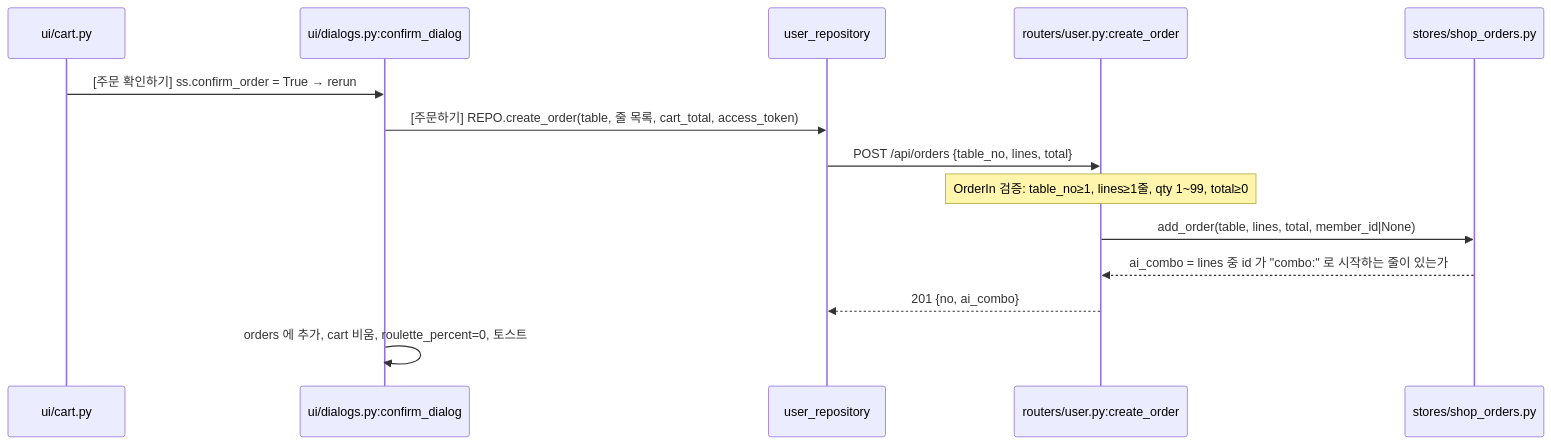
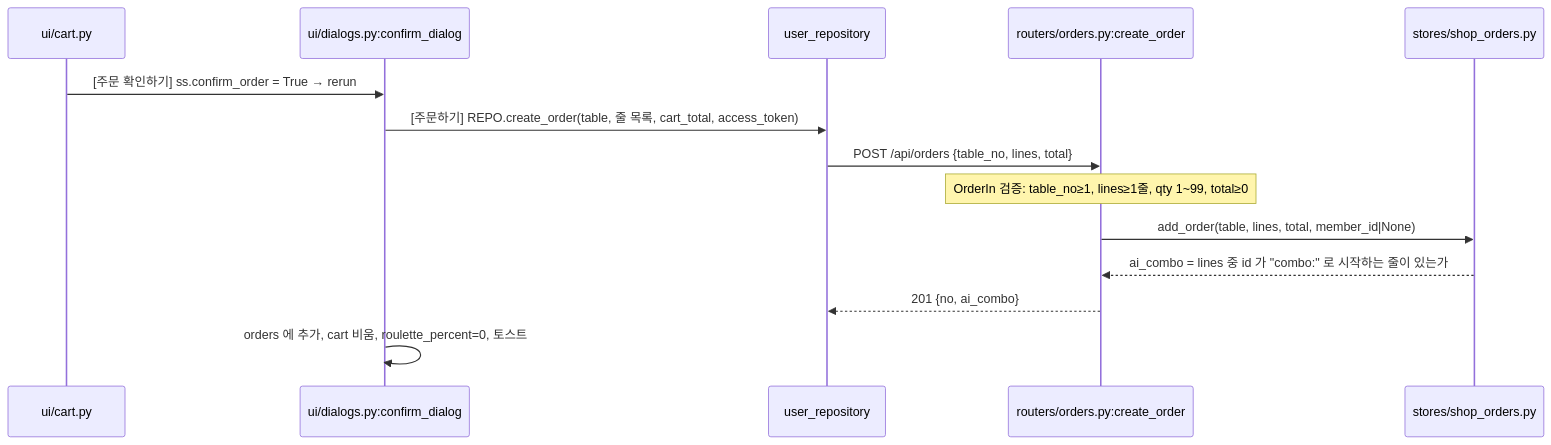
Before and after one commit to 94JayKim/table-order: the second of 2 diagrams in docs/FLOW_DEVELOPER.md, drawn with Mermaid. The commit also changed other lines of this file and 43 other files, not shown here.

````diff
--- a/docs/FLOW_DEVELOPER.md
+++ b/docs/FLOW_DEVELOPER.md
@@ -148,16 +148,16 @@
 ```mermaid
 sequenceDiagram
     participant C as ui/cart.py
     participant D as ui/dialogs.py:confirm_dialog
     participant RP as user_repository
-    participant API as routers/user.py:create_order
+    participant API as routers/orders.py:create_order
     participant SH as stores/shop_orders.py
     C->>D: [주문 확인하기] ss.confirm_order = True → rerun
     D->>RP: [주문하기] REPO.create_order(table, 줄 목록, cart_total, access_token)
     RP->>API: POST /api/orders {table_no, lines, total}
     Note over API: OrderIn 검증: table_no≥1, lines≥1줄, qty 1~99, total≥0
     API->>SH: add_order(table, lines, total, member_id|None)
     SH-->>API: ai_combo = lines 중 id 가 "combo:" 로 시작하는 줄이 있는가
     API-->>RP: 201 {no, ai_combo}
     D->>D: orders 에 추가, cart 비움, roulette_percent=0, 토스트
 ```
````
